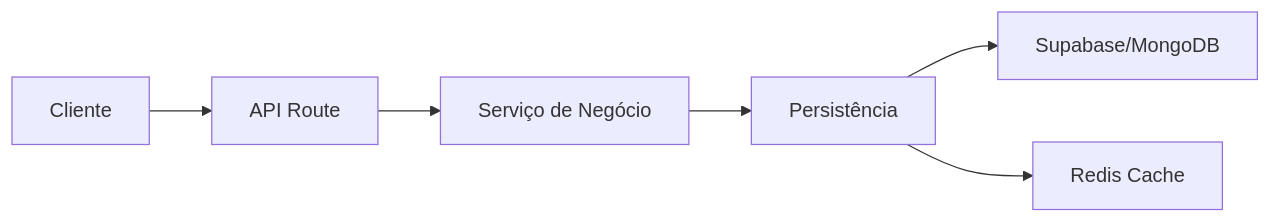
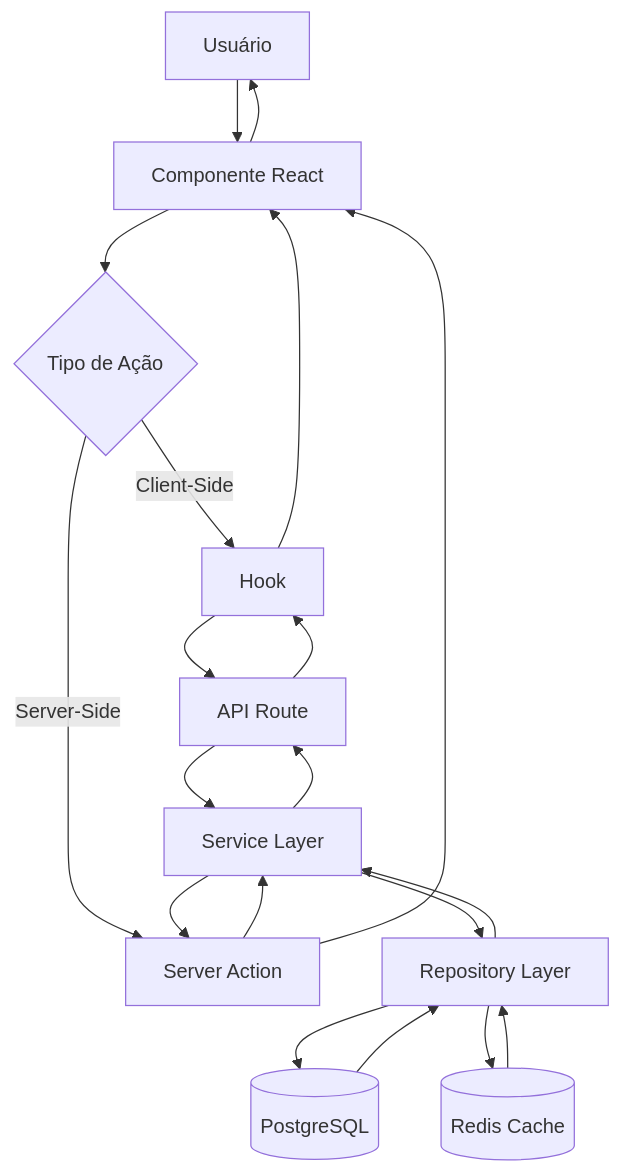
Before and after one commit to SinesysTech/zattar-os: the diagram in README.md, drawn with Mermaid. The commit also changed other lines of this file and 59 other files, not shown here.

````diff
--- a/README.md
+++ b/README.md
@@ -130,8 +148,22 @@
 ```mermaid
-graph LR
-    A[Cliente] --> B[API Route]
-    B --> C[Serviço de Negócio]
-    C --> D[Persistência]
-    D --> E[Supabase/MongoDB]
-    D --> F[Redis Cache]
+graph TB
+    A[Usuário] --> B[Componente React]
+    B --> C{Tipo de Ação}
+    C -->|Client-Side| D[Hook]
+    C -->|Server-Side| E[Server Action]
+    D --> F[API Route]
+    E --> G[Service Layer]
+    F --> G
+    G --> H[Repository Layer]
+    H --> I[(PostgreSQL)]
+    H --> J[(Redis Cache)]
+    I --> H
+    J --> H
+    H --> G
+    G --> E
+    G --> F
+    F --> D
+    E --> B
+    D --> B
+    B --> A
 ```
````
